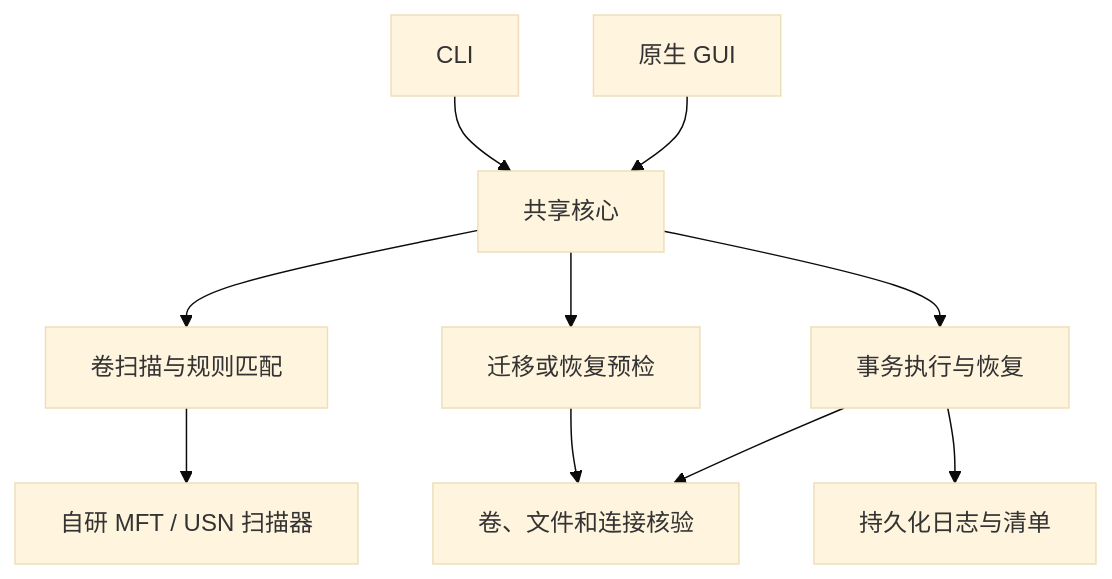
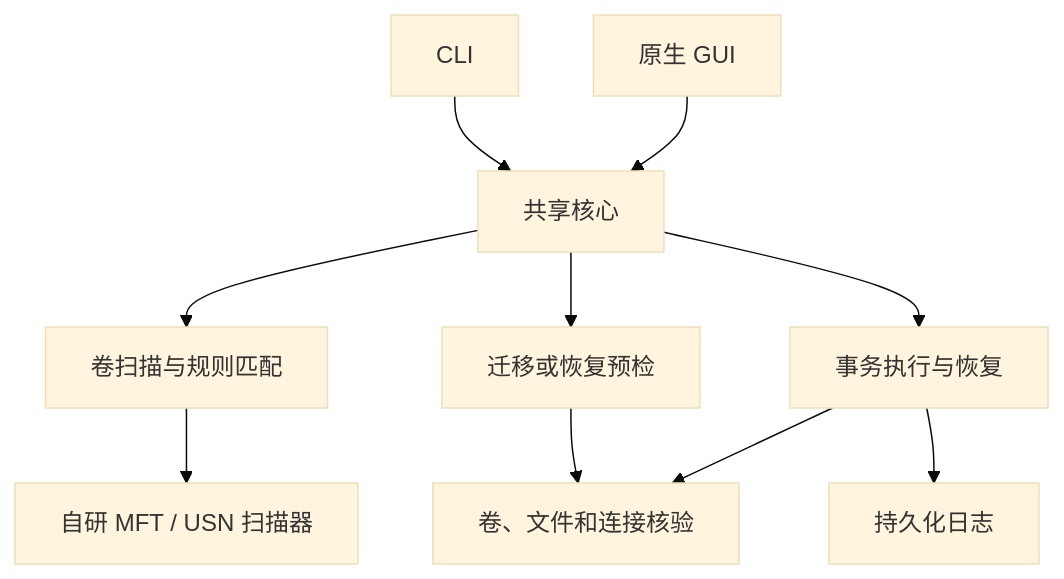
Before and after one commit to suifei/freeport: the diagram in docs/technical-design.md, drawn with Mermaid (base theme). The commit also changed other lines of this file and 11 other files, not shown here.

````diff
--- a/docs/technical-design.md
+++ b/docs/technical-design.md
@@ -26,12 +26,12 @@
 ```mermaid
 flowchart TD
     CLI["CLI"] --> Core["共享核心"]
     GUI["原生 GUI"] --> Core
     Core --> Scan["卷扫描与规则匹配"]
     Core --> Plan["迁移或恢复预检"]
     Core --> Tx["事务执行与恢复"]
     Scan --> Index["自研 MFT / USN 扫描器"]
     Plan --> Objects["卷、文件和连接核验"]
     Tx --> Objects
-    Tx --> Journal["持久化日志与清单"]
+    Tx --> Journal["持久化日志"]
 ```
````
